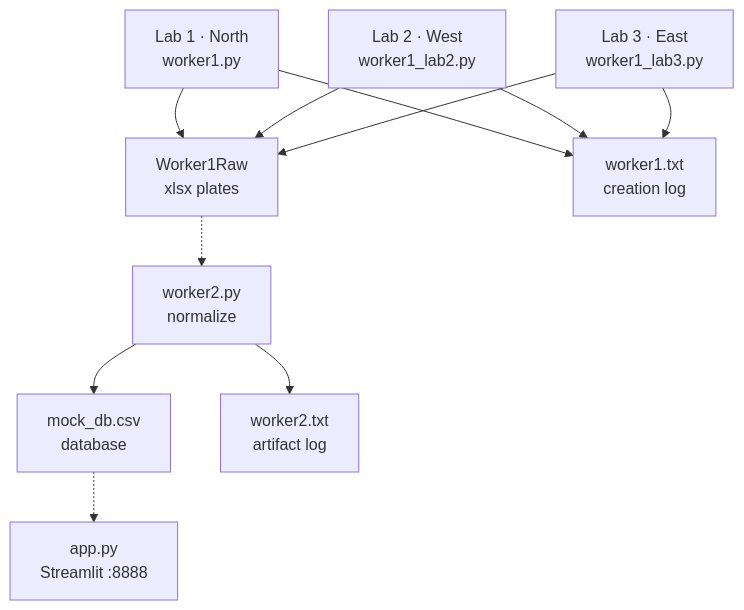
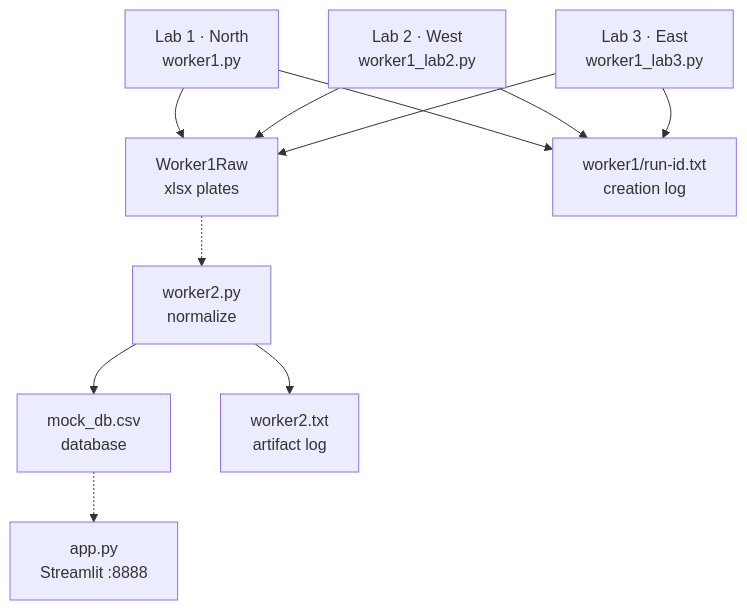
The diagram in ARCHITECTURE.md (gnmuller/DominoTakeHome), drawn with Mermaid before and after one commit. The commit also changed other lines of this file and 2 other files, not shown here.

Commit message:
Worker 1 logging

````diff
--- a/ARCHITECTURE.md
+++ b/ARCHITECTURE.md
@@ -20,23 +20,23 @@
 ```mermaid
 flowchart TD
   l1["Lab 1 · North<br/>worker1.py"]
   l2["Lab 2 · West<br/>worker1_lab2.py"]
   l3["Lab 3 · East<br/>worker1_lab3.py"]
   raw["Worker1Raw<br/>xlsx plates"]
-  w1log["worker1.txt<br/>creation log"]
+  w1log["worker1/run-id.txt<br/>creation log"]
   w2["worker2.py<br/>normalize"]
   db["mock_db.csv<br/>database"]
   log["worker2.txt<br/>artifact log"]
   app["app.py<br/>Streamlit :8888"]
 
   l1 --> raw
   l2 --> raw
   l3 --> raw
   l1 --> w1log
   l2 --> w1log
   l3 --> w1log
   raw -.-> w2
   w2 --> db
   w2 --> log
   db -.-> app
 ```
````
